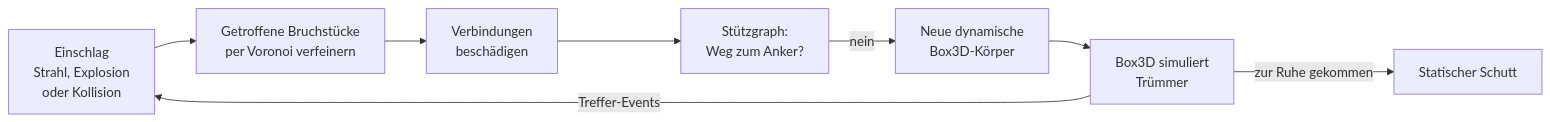
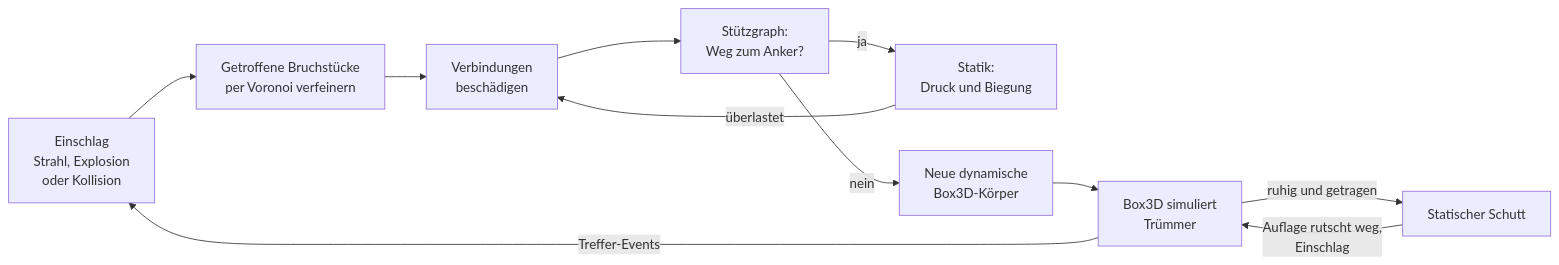
One commit to Holz231/Nebenan changed the diagram in README.md. Above: the diagram before and after it, drawn with Mermaid. The commit also changed other lines of this file and 7 other files, not shown here.

````diff
--- a/README.md
+++ b/README.md
@@ -152,10 +155,13 @@
 ```mermaid
 flowchart LR
     A[Einschlag<br/>Strahl, Explosion<br/>oder Kollision] --> B[Getroffene Bruchstücke<br/>per Voronoi verfeinern]
     B --> C[Verbindungen<br/>beschädigen]
     C --> D[Stützgraph:<br/>Weg zum Anker?]
+    D -->|ja| S[Statik:<br/>Druck und Biegung]
+    S -->|überlastet| C
     D -->|nein| E[Neue dynamische<br/>Box3D-Körper]
     E --> G[Box3D simuliert<br/>Trümmer]
     G -->|Treffer-Events| A
-    G -->|zur Ruhe gekommen| H[Statischer Schutt]
+    G -->|ruhig und getragen| H[Statischer Schutt]
+    H -->|Auflage rutscht weg,<br/>Einschlag| G
 ```
````
